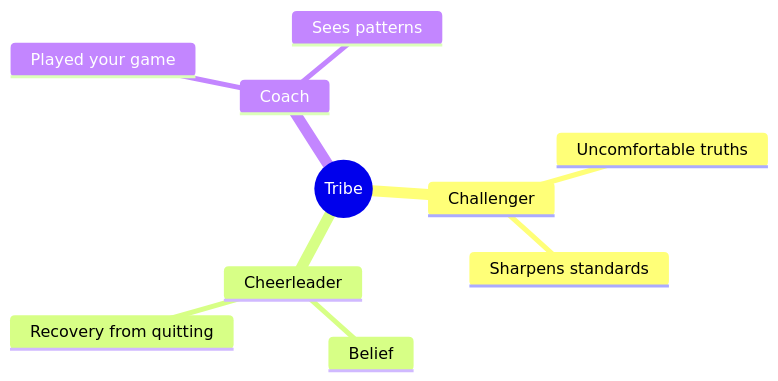
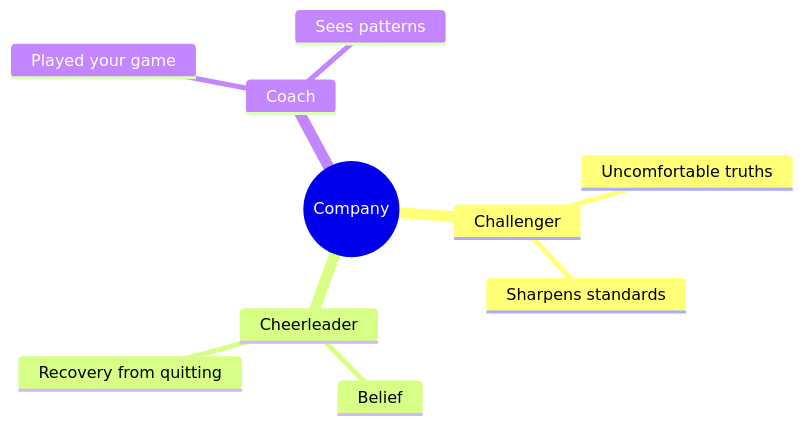
Before and after one commit to alitskevich/almaat: the diagram in docs/8-socium/33-interpersonal.md, drawn with Mermaid.

Commit message:
docs(8-socium): name the mindmap after the section it illustrates
The mindmap under "Company and Norms" was rooted ((Tribe)), a word that
appears nowhere else in that file and is defined nowhere in docs/. Its three
branches — Challenger, Cheerleader, Coach — are the roles the section says
are worth keeping in your company, so the root is now Company.

The hub section the ledger names as Tribe's home no longer exists: 1604c97
moved it into this file, and docs/CLAUDE.md:166 records the move. Nothing
links to the removed anchor.

34-identity.md is left alone. Its "culture — shared meaning (Tribe, Idemon)"
capitalizes Tribe, but every parenthetical in that list does — Body, Genes,
Truth, Faith, Mission, Way — and only the real Terms, Persona and Idemon,
are backticked. The capitalization is the list's convention, not a Term claim.

````diff
--- a/docs/8-socium/33-interpersonal.md
+++ b/docs/8-socium/33-interpersonal.md
@@ -94,13 +94,13 @@
 ```mermaid
 mindmap
-  root((Tribe))
+  root((Company))
     Challenger
       Uncomfortable truths
       Sharpens standards
     Cheerleader
       Belief
       Recovery from quitting
     Coach
       Played your game
       Sees patterns
 ```
````
